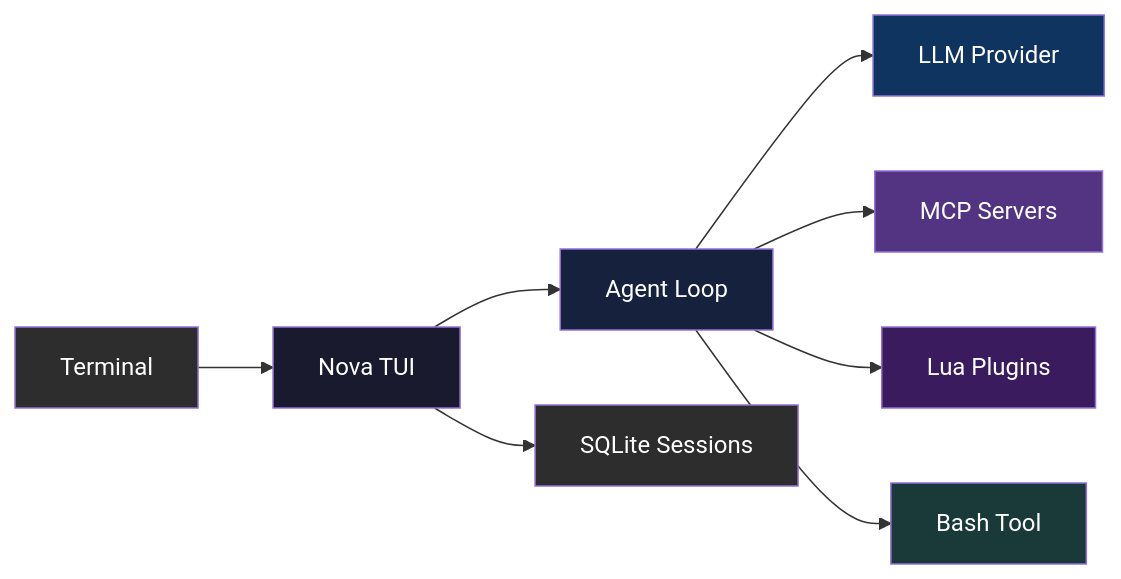
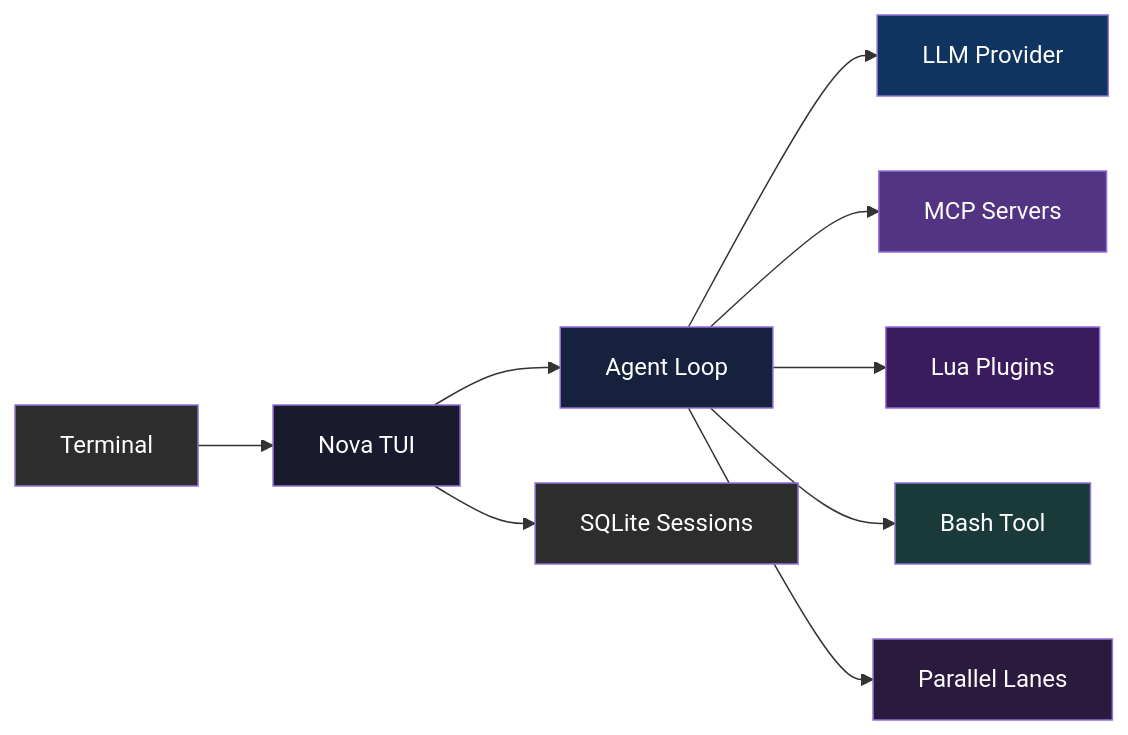
Before and after one commit to P0u4a/nova: the diagram in README.md, drawn with Mermaid. The commit also changed other lines of this file and 1 other file, not shown here.

````diff
--- a/README.md
+++ b/README.md
@@ -107,19 +111,21 @@
 ```mermaid
 flowchart LR
     A[Terminal] --> B[Nova TUI]
     B --> C[Agent Loop]
     C --> D[LLM Provider]
     C --> E[MCP Servers]
     C --> F[Lua Plugins]
     C --> G[Bash Tool]
+    C --> L[Parallel Lanes]
     B --> H[SQLite Sessions]
 
     style A fill:#2d2d2d,color:#fff
     style B fill:#1a1a2e,color:#fff
     style C fill:#16213e,color:#fff
     style D fill:#0f3460,color:#fff
     style E fill:#533483,color:#fff
     style F fill:#3a1c5e,color:#fff
     style G fill:#1a3a3a,color:#fff
+    style L fill:#2a1a3e,color:#fff
     style H fill:#2d2d2d,color:#fff
 ```
````
